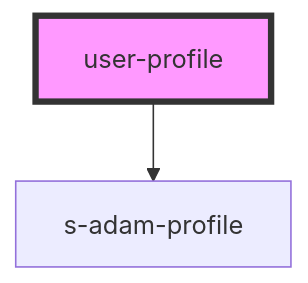
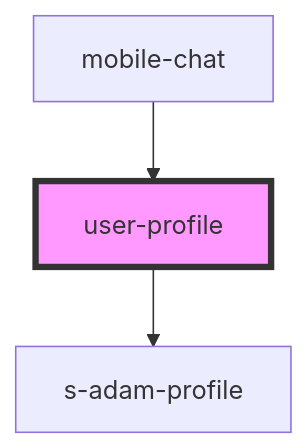
The diagram in src/components/mobile/mobile-chat/res/view/user-profile/readme.md (saqhan/stencil-chat), drawn with Mermaid before and after one commit. The commit also changed other lines of this file and 9 other files, not shown here.

````diff
--- a/src/components/mobile/mobile-chat/res/view/user-profile/readme.md
+++ b/src/components/mobile/mobile-chat/res/view/user-profile/readme.md
@@ -22,5 +26,6 @@
 ```mermaid
 graph TD;
   user-profile --> s-adam-profile
+  mobile-chat --> user-profile
   style user-profile fill:#f9f,stroke:#333,stroke-width:4px
 ```
````
